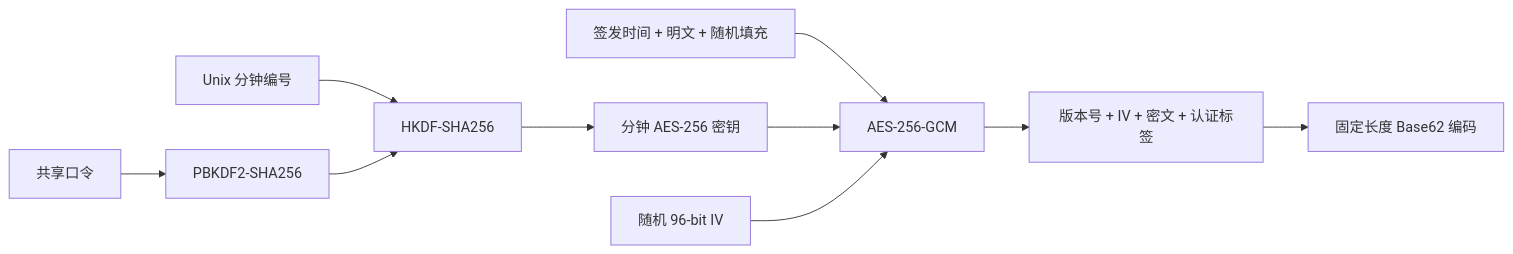
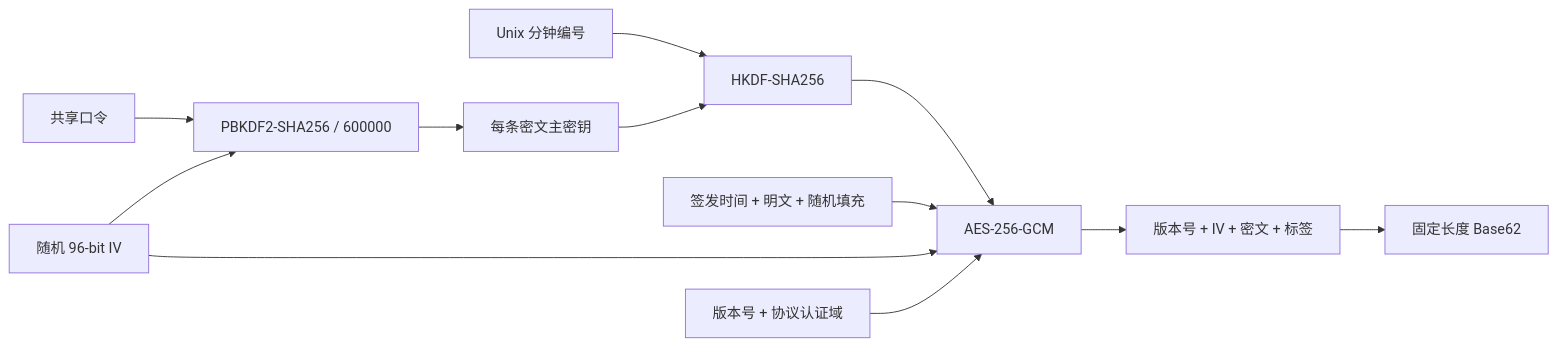
The diagram in timenc/README.md (zbnw/projects), drawn with Mermaid before and after one commit. The commit also changed other lines of this file and 5 other files, not shown here.

````diff
--- a/timenc/README.md
+++ b/timenc/README.md
@@ -71,12 +96,14 @@
 ```mermaid
 flowchart LR
-    A[共享口令] --> B[PBKDF2-SHA256]
-    T[Unix 分钟编号] --> C[HKDF-SHA256]
-    B --> C
-    C --> D[分钟 AES-256 密钥]
-    P[签发时间 + 明文 + 随机填充] --> E[AES-256-GCM]
-    D --> E
-    I[随机 96-bit IV] --> E
-    E --> F[版本号 + IV + 密文 + 认证标签]
-    F --> G[固定长度 Base62 编码]
+    P[共享口令] --> K[PBKDF2-SHA256 / 600000]
+    I[随机 96-bit IV] --> K
+    K --> M[每条密文主密钥]
+    T[Unix 分钟编号] --> H[HKDF-SHA256]
+    M --> H
+    H --> A[AES-256-GCM]
+    F[签发时间 + 明文 + 随机填充] --> A
+    I --> A
+    D[版本号 + 协议认证域] --> A
+    A --> B[版本号 + IV + 密文 + 标签]
+    B --> E[固定长度 Base62]
 ```
````
